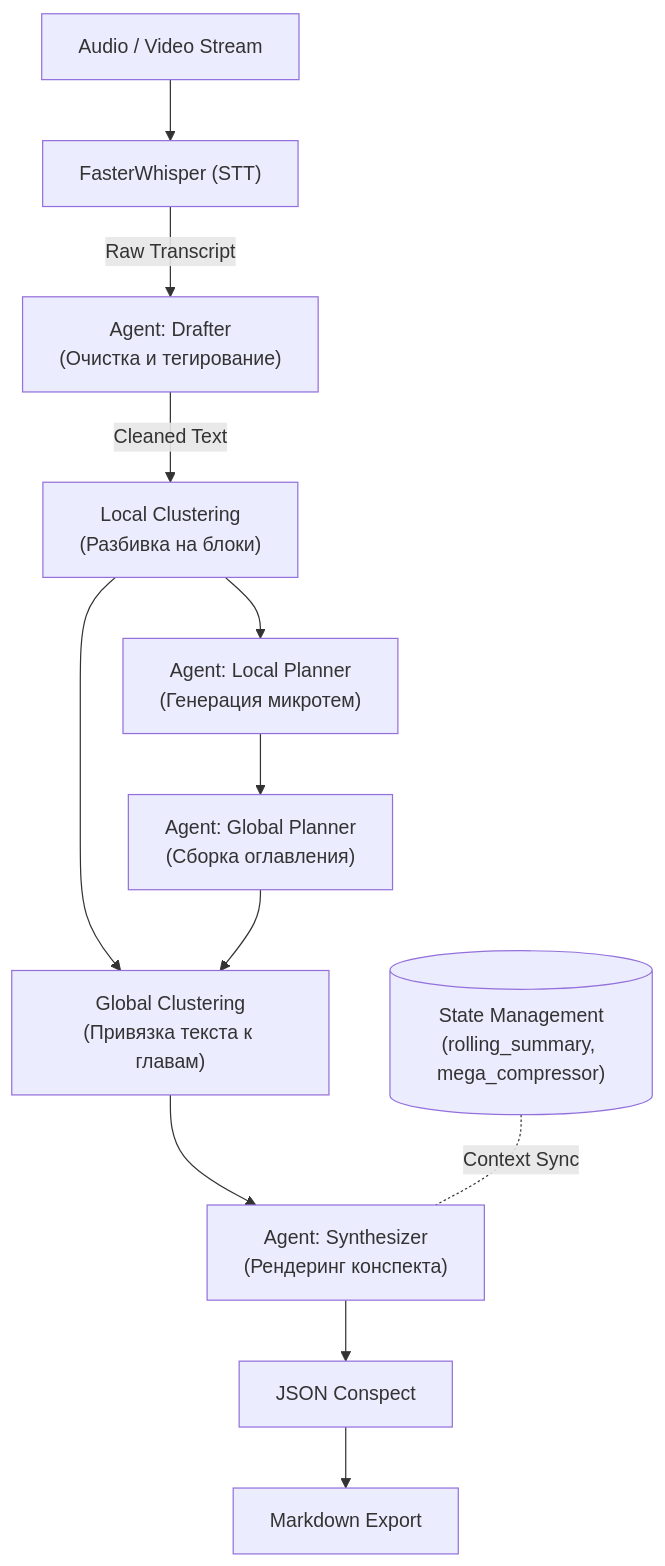
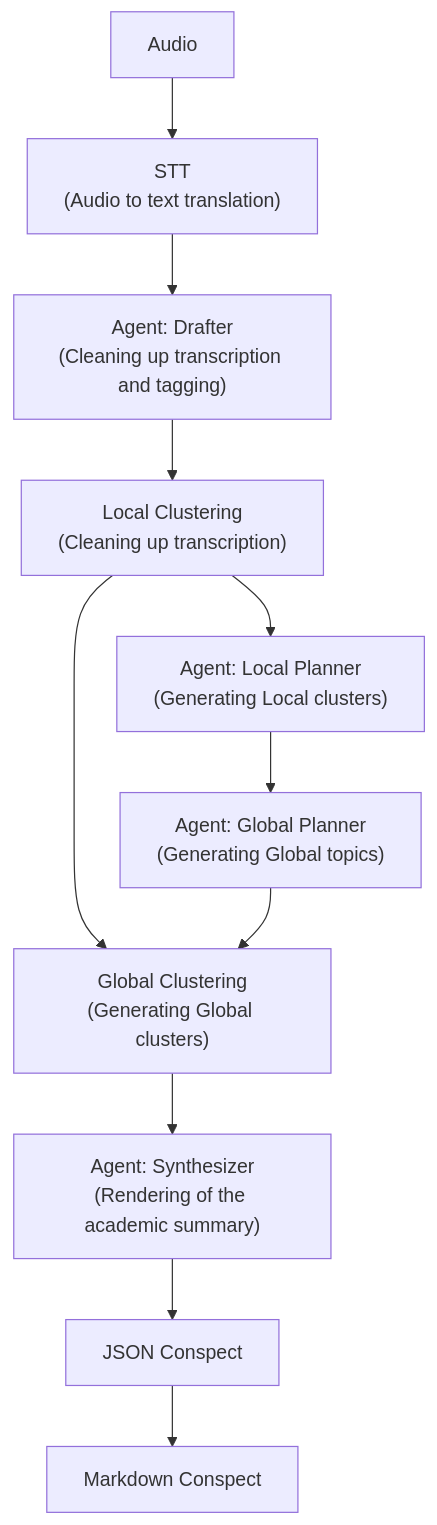
One commit to m4deme1ns4ne/LongConspectWriter changed the diagram in README.ru.md. Above: the diagram before and after it, drawn with Mermaid.

````diff
--- a/README.ru.md
+++ b/README.ru.md
@@ -16,22 +16,20 @@
 ```mermaid
 flowchart TD
-    Audio["Audio / Video Stream"] --> STT["FasterWhisper (STT)"]
+    Audio["Audio"] --> STT["STT<br/>(Audio to text translation)"]
     
-    STT --> |"Raw Transcript"| Drafter["Agent: Drafter<br/>(Очистка и тегирование)"]
+    STT -->  Drafter["Agent: Drafter<br/>(Cleaning up transcription and tagging)"]
     
-    Drafter --> |"Cleaned Text"| LCluster["Local Clustering<br/>(Разбивка на блоки)"]
+    Drafter -->  LCluster["Local Clustering<br/>(Cleaning up transcription)"]
     
-    LCluster --> LPlanner["Agent: Local Planner<br/>(Генерация микротем)"]
+    LCluster --> LPlanner["Agent: Local Planner<br/>(Generating Local clusters)"]
     
-    LPlanner --> GPlanner["Agent: Global Planner<br/>(Сборка оглавления)"]
+    LPlanner --> GPlanner["Agent: Global Planner<br/>(Generating Global topics)"]
     
-    LCluster & GPlanner --> GCluster["Global Clustering<br/>(Привязка текста к главам)"]
+    LCluster & GPlanner --> GCluster["Global Clustering<br/>(Generating Global clusters)"]
     
-    GCluster --> Synthesizer["Agent: Synthesizer<br/>(Рендеринг конспекта)"]
-    
-    %% Состояние контекста сбоку, чтобы не ломать прямую линию
-    State[("State Management<br/>(rolling_summary, mega_compressor)")] <-.-|Context Sync| Synthesizer
+    GCluster --> Synthesizer["Agent: Synthesizer<br/>(Rendering of the academic summary)"]
     
     Synthesizer --> JSON["JSON Conspect"]
-    JSON --> MD["Markdown Export"]
+
+    JSON --> MD["Markdown Conspect"]
 ```
````
